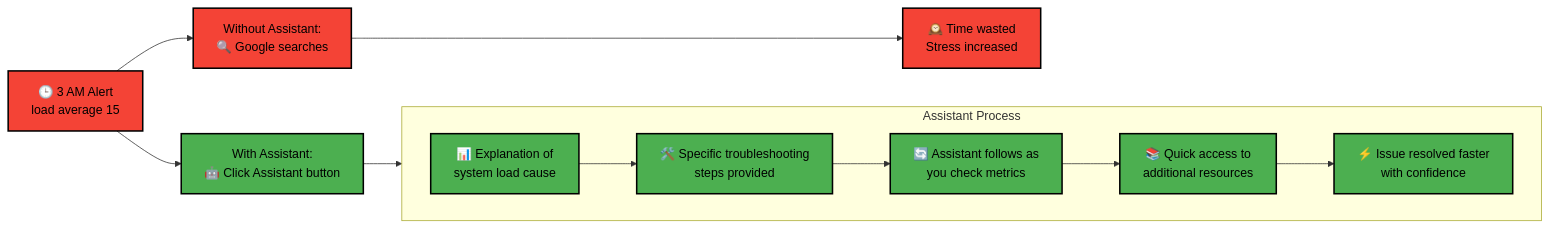
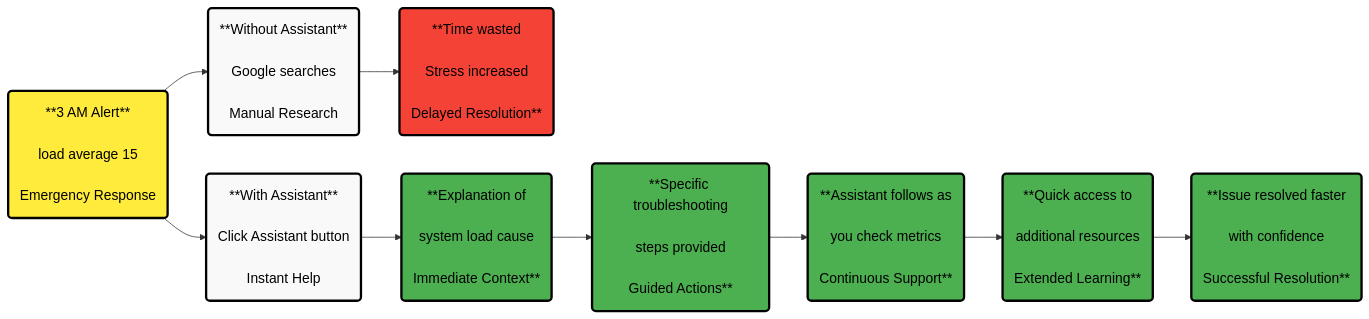
One commit to netdata/netdata changed the diagram in docs/netdata-assistant.md. Above: the diagram before and after it, drawn with Mermaid. The commit also changed other lines of this file and 3 other files, not shown here.

````diff
--- a/docs/netdata-assistant.md
+++ b/docs/netdata-assistant.md
@@ -68,24 +91,41 @@
 ```mermaid
 flowchart LR
-    %% Node styling
-    classDef neutral fill:#f9f9f9,stroke:#000000,color:#000000,stroke-width:2px
-    classDef success fill:#4caf50,stroke:#000000,color:#000000,stroke-width:2px
-    classDef warning fill:#ffeb3b,stroke:#000000,color:#000000,stroke-width:2px
-    classDef danger fill:#f44336,stroke:#000000,color:#000000,stroke-width:2px
+    A("**3 AM Alert**<br/><br/>load average 15<br/><br/>Emergency Response")
     
-    A["🕒 3 AM Alert<br/>load average 15"] --> B["Without Assistant:<br/>🔍 Google searches"]
-    A --> C["With Assistant:<br/>🤖 Click Assistant button"]
+    B("**Without Assistant**<br/><br/>Google searches<br/><br/>Manual Research")
     
-    B --> D["🕰️ Time wasted<br/>Stress increased"]
+    C("**With Assistant**<br/><br/>Click Assistant button<br/><br/>Instant Help")
     
-    subgraph AssistantProcess ["Assistant Process"]
-        direction LR
-        E["📊 Explanation of<br/>system load cause"] --> F["🛠️ Specific troubleshooting<br/>steps provided"] --> G["🔄 Assistant follows as<br/>you check metrics"] --> H["📚 Quick access to<br/>additional resources"] --> I["⚡ Issue resolved faster<br/>with confidence"]
-    end
+    D("**Time wasted<br/><br/>Stress increased<br/><br/>Delayed Resolution**")
     
+    E("**Explanation of<br/><br/>system load cause<br/><br/>Immediate Context**")
+    
+    F("**Specific troubleshooting<br/><br/>steps provided<br/><br/>Guided Actions**")
+    
+    G("**Assistant follows as<br/><br/>you check metrics<br/><br/>Continuous Support**")
+    
+    H("**Quick access to<br/><br/>additional resources<br/><br/>Extended Learning**")
+    
+    I("**Issue resolved faster<br/><br/>with confidence<br/><br/>Successful Resolution**")
+    
+    A --> B
+    A --> C
+    B --> D
     C --> E
+    E --> F
+    F --> G
+    G --> H
+    H --> I
+    
+    %% Style definitions
+    classDef alert fill:#ffeb3b,stroke:#000000,stroke-width:3px,color:#000000,font-size:18px
+    classDef neutral fill:#f9f9f9,stroke:#000000,stroke-width:3px,color:#000000,font-size:18px
+    classDef complete fill:#4caf50,stroke:#000000,stroke-width:3px,color:#000000,font-size:18px
+    classDef problem fill:#f44336,stroke:#000000,stroke-width:3px,color:#000000,font-size:18px
     
     %% Apply styles
-    class A,B,D danger
-    class C,E,F,G,H,I success
+    class A alert
+    class B,C neutral
+    class D problem
+    class E,F,G,H,I complete
 ```
````
